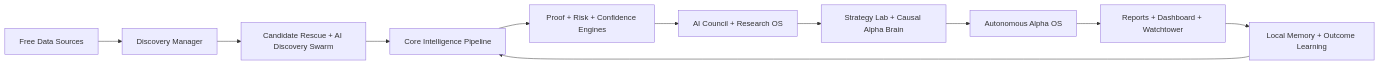
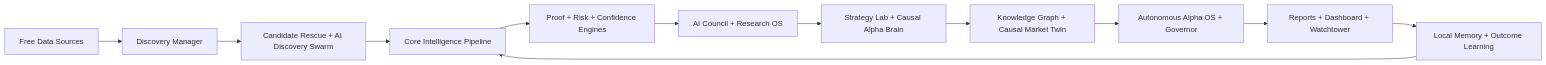
The diagram in README.md (bilyeutaylor9-lang/Crypto-Launch-Intelligence), drawn with Mermaid before and after one commit. The commit also changed other lines of this file and 55 other files, not shown here.

Commit message:
Add knowledge graph and causal market twin

````diff
--- a/README.md
+++ b/README.md
@@ -103,13 +109,14 @@
 ```mermaid
 flowchart LR
   A["Free Data Sources"] --> B["Discovery Manager"]
   B --> C["Candidate Rescue + AI Discovery Swarm"]
   C --> D["Core Intelligence Pipeline"]
   D --> E["Proof + Risk + Confidence Engines"]
   E --> F["AI Council + Research OS"]
   F --> G["Strategy Lab + Causal Alpha Brain"]
-  G --> H["Autonomous Alpha OS"]
-  H --> I["Reports + Dashboard + Watchtower"]
-  I --> J["Local Memory + Outcome Learning"]
+  G --> H["Knowledge Graph + Causal Market Twin"]
+  H --> I["Autonomous Alpha OS + Governor"]
+  I --> K["Reports + Dashboard + Watchtower"]
+  K --> J["Local Memory + Outcome Learning"]
   J --> D
 ```
````
